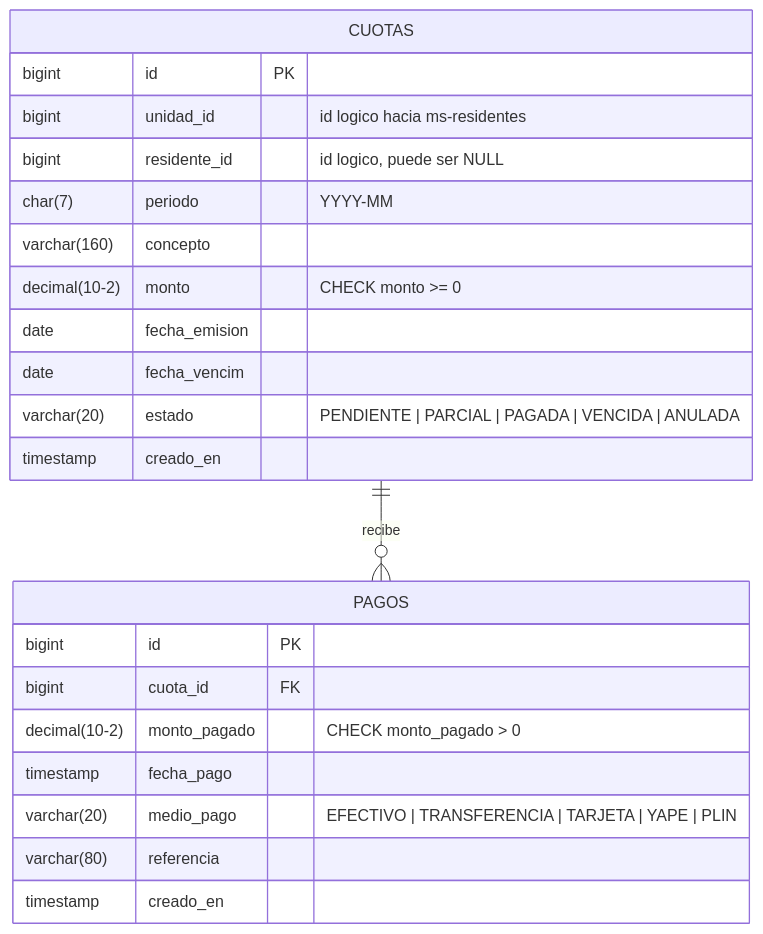
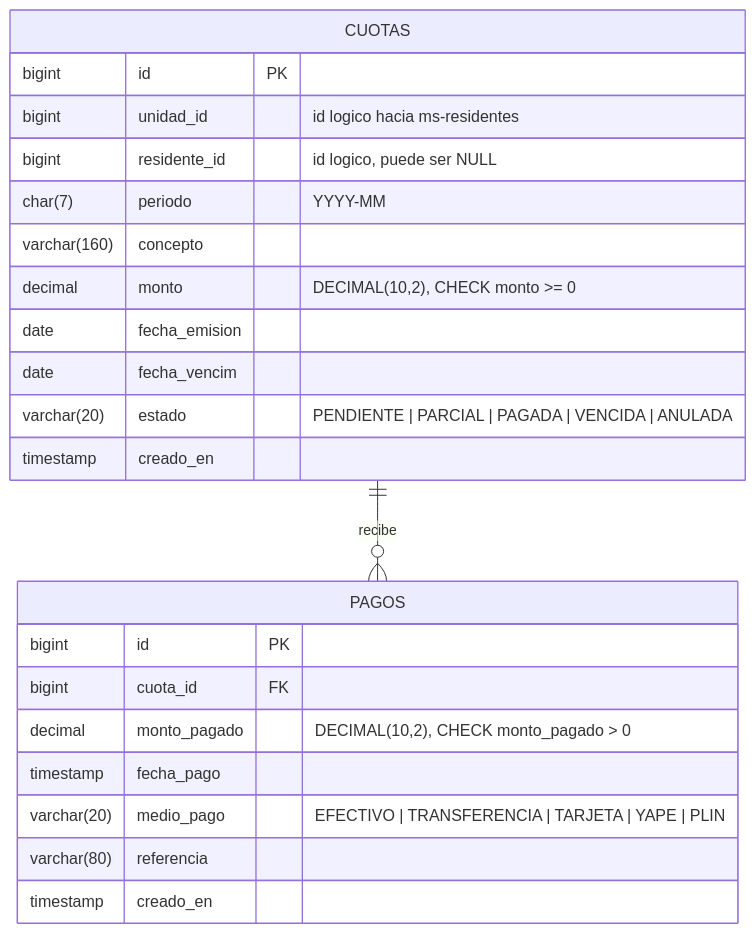
One commit to comdominios-cloud/ms-pagos changed the diagram in docs/der.md. Above: the diagram before and after it, drawn with Mermaid.

Commit message:
docs: notacion DECIMAL(10,2) en el comentario, Mermaid no admite comas en el tipo

````diff
--- a/docs/der.md
+++ b/docs/der.md
@@ -5,27 +5,27 @@
 ```mermaid
 erDiagram
     CUOTAS ||--o{ PAGOS : "recibe"
 
     CUOTAS {
         bigint id PK
         bigint unidad_id "id logico hacia ms-residentes"
         bigint residente_id "id logico, puede ser NULL"
         char(7) periodo "YYYY-MM"
         varchar(160) concepto
-        decimal(10-2) monto "CHECK monto >= 0"
+        decimal monto "DECIMAL(10,2), CHECK monto >= 0"
         date fecha_emision
         date fecha_vencim
         varchar(20) estado "PENDIENTE | PARCIAL | PAGADA | VENCIDA | ANULADA"
         timestamp creado_en
     }
 
     PAGOS {
         bigint id PK
         bigint cuota_id FK
-        decimal(10-2) monto_pagado "CHECK monto_pagado > 0"
+        decimal monto_pagado "DECIMAL(10,2), CHECK monto_pagado > 0"
         timestamp fecha_pago
         varchar(20) medio_pago "EFECTIVO | TRANSFERENCIA | TARJETA | YAPE | PLIN"
         varchar(80) referencia
         timestamp creado_en
     }
 ```
````
